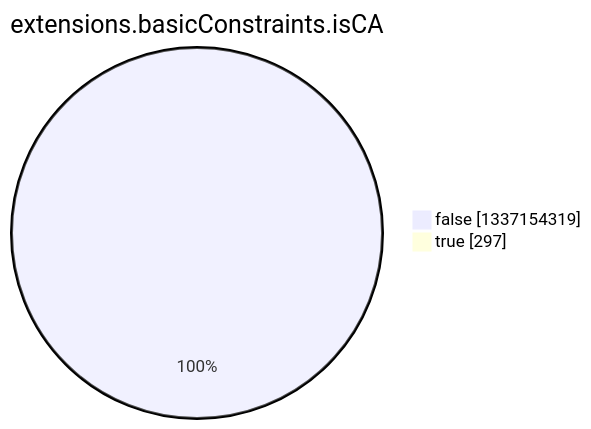
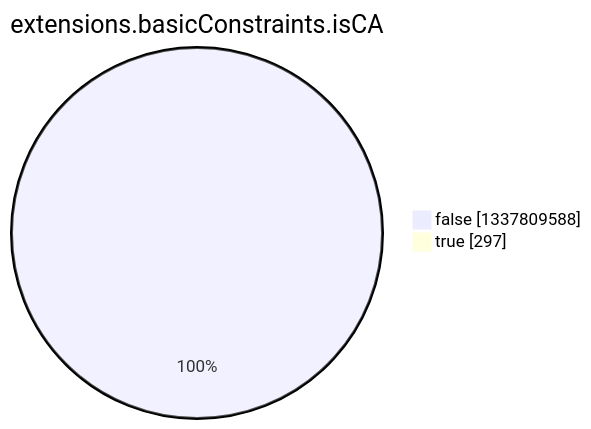
The eighth of 15 diagrams in argon2022/README.md (christiankrug/ctmonitor_visualization), drawn with Mermaid before and after one commit. The commit also changed other lines of this file, not shown here.

````diff
--- a/argon2022/README.md
+++ b/argon2022/README.md
@@ -2758,6 +2758,6 @@
 ```mermaid
 pie showData
 title extensions.basicConstraints.isCA
-"false" :1337154319
+"false" :1337809588
 "true" :297
 ```
````
